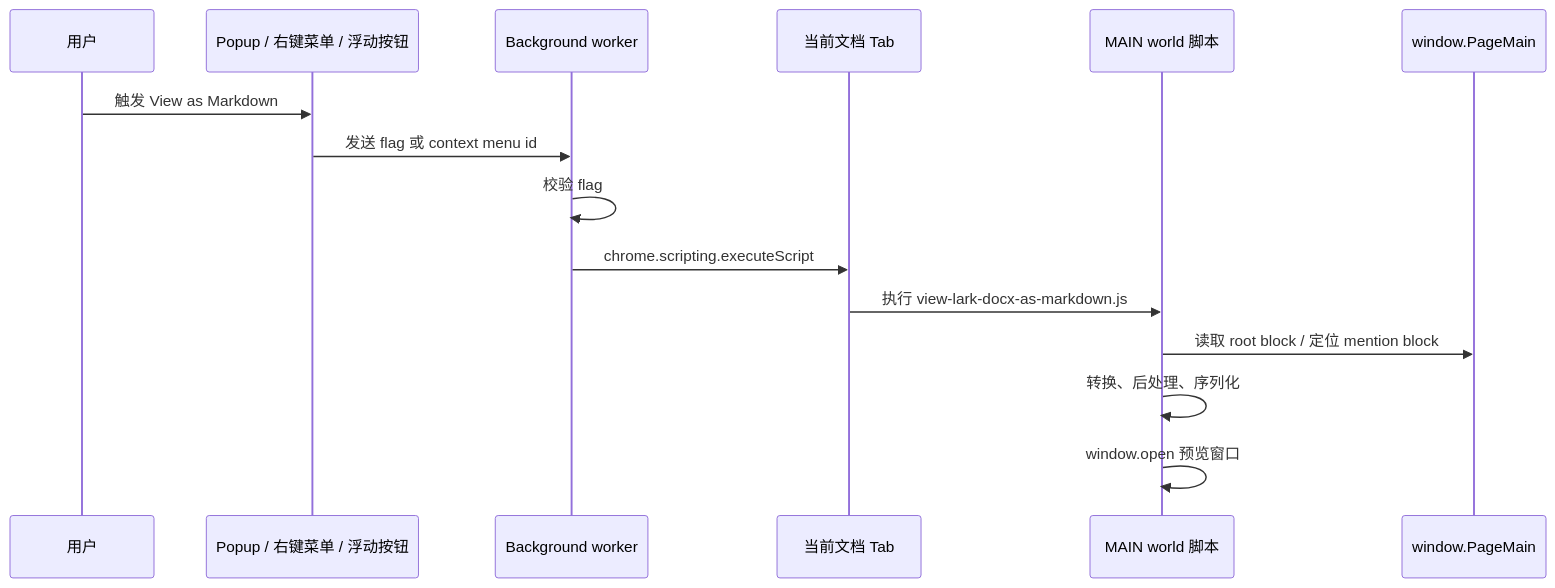
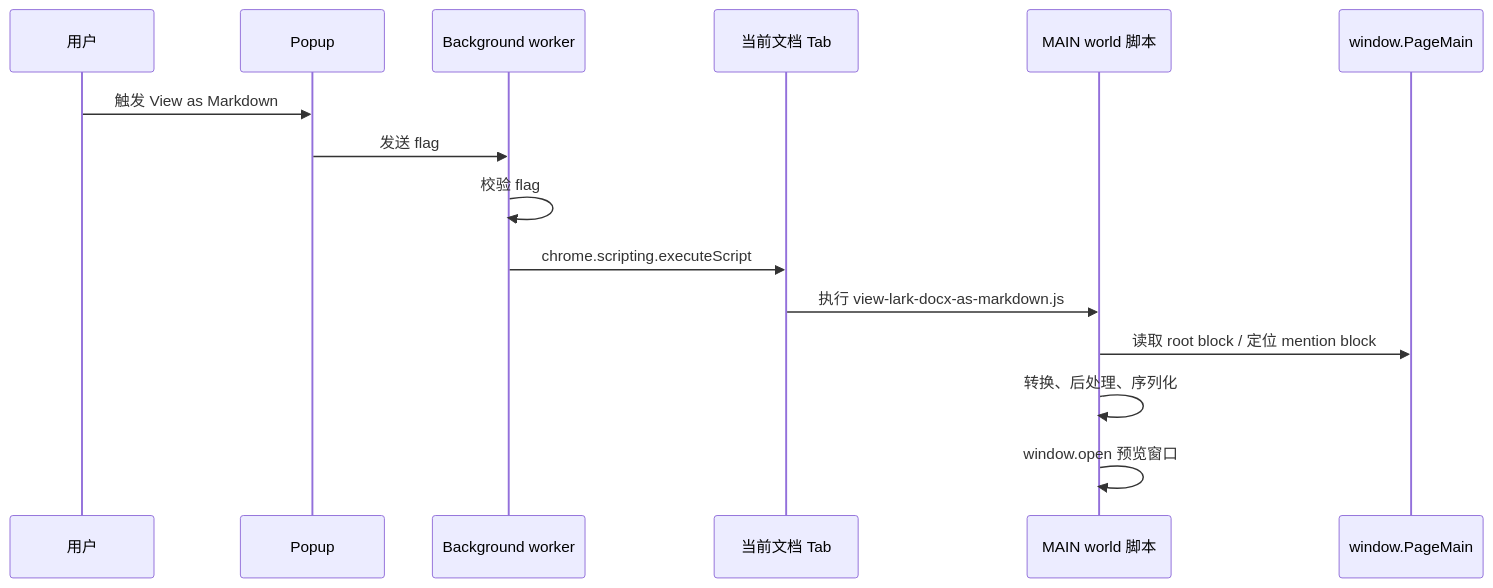
The second of 3 diagrams in docs/architecture-design.md (zhangpengfei-xyz/cloud-document-converter), drawn with Mermaid before and after one commit. The commit also changed other lines of this file and 5 other files, not shown here.

````diff
--- a/docs/architecture-design.md
+++ b/docs/architecture-design.md
@@ -188,18 +156,18 @@
 ```mermaid
 sequenceDiagram
   participant U as 用户
-  participant UI as Popup / 右键菜单 / 浮动按钮
+  participant UI as Popup
   participant BG as Background worker
   participant Tab as 当前文档 Tab
   participant Main as MAIN world 脚本
   participant PM as window.PageMain
 
   U->>UI: 触发 View as Markdown
-  UI->>BG: 发送 flag 或 context menu id
+  UI->>BG: 发送 flag
   BG->>BG: 校验 flag
   BG->>Tab: chrome.scripting.executeScript
   Tab->>Main: 执行 view-lark-docx-as-markdown.js
   Main->>PM: 读取 root block / 定位 mention block
   Main->>Main: 转换、后处理、序列化
   Main->>Main: window.open 预览窗口
 ```
````
